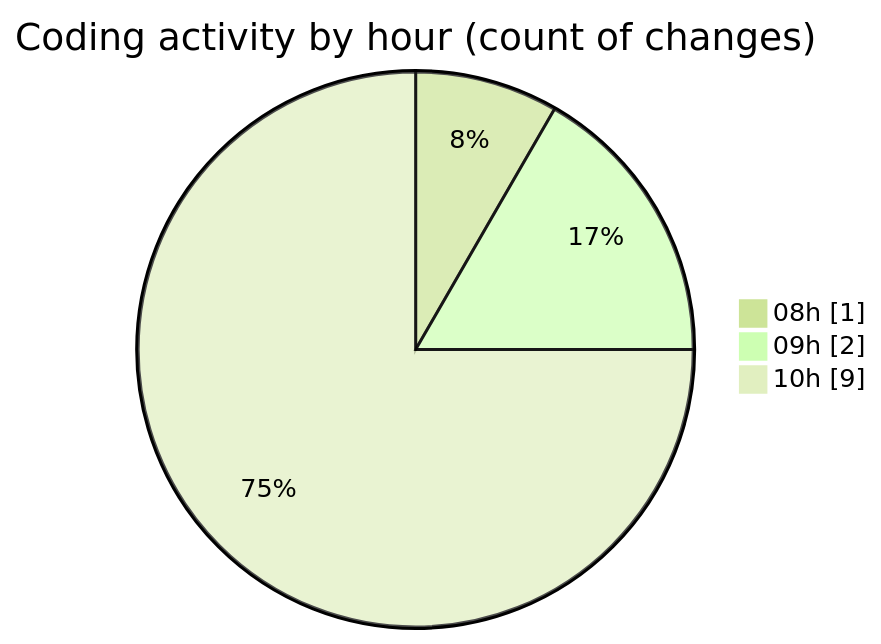
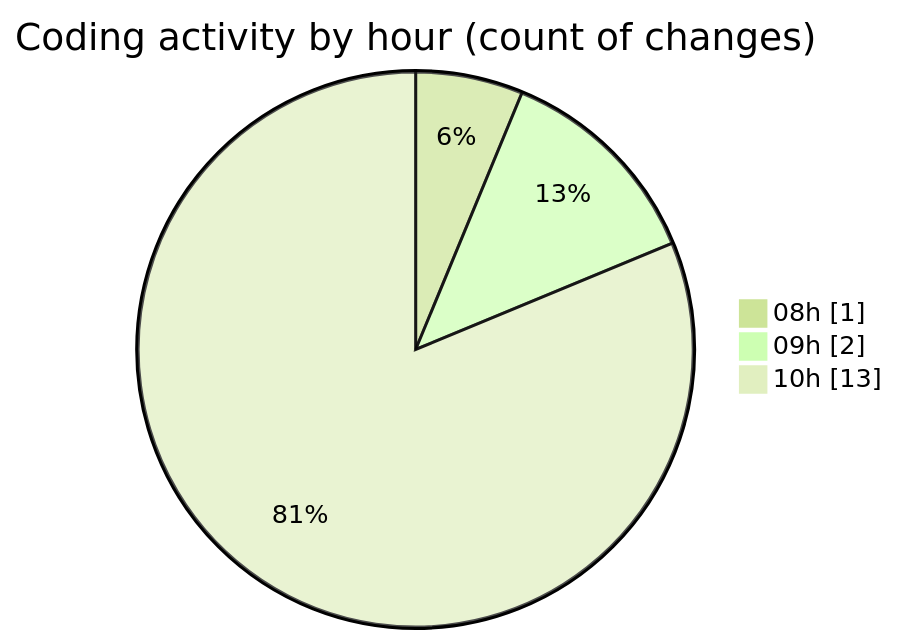
One commit to MatusMokan/code-tracking changed the second of 2 diagrams in 2025-05-15/myws__workspace_/README.md. Above: the diagram before and after it, drawn with Mermaid (forest theme). The commit also changed other lines of this file and 1 other file, not shown here.

````diff
--- a/2025-05-15/myws__workspace_/README.md
+++ b/2025-05-15/myws__workspace_/README.md
@@ -36,7 +38,7 @@
 ```mermaid
 pie showData
 title Coding activity by hour (count of changes)
 "08h" : 1
 "09h" : 2
-"10h" : 9
+"10h" : 13
 ```
````
